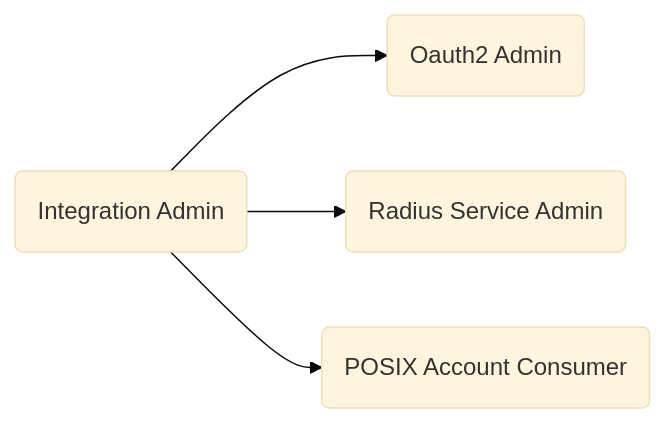
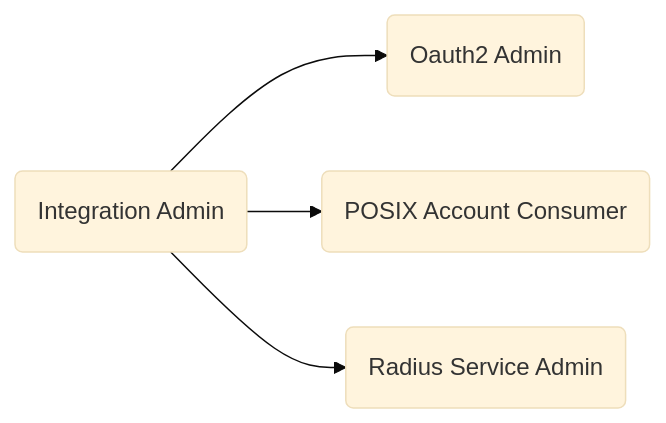
Before and after one commit to kanidm/kanidm: the third of 12 diagrams in book/src/developers/designs/access_control_defaults.md, drawn with Mermaid (base theme). The commit also changed other lines of this file, not shown here.

````diff
--- a/book/src/developers/designs/access_control_defaults.md
+++ b/book/src/developers/designs/access_control_defaults.md
@@ -31,7 +31,7 @@
 ```mermaid
 graph LR
 
 IntegrationAdmin("Integration Admin") --> Oauth2Admin("Oauth2 Admin")
+IntegrationAdmin("Integration Admin") --> PosixAccountConsumer("POSIX Account Consumer")
 IntegrationAdmin("Integration Admin") --> RadiusServiceAdmin("Radius Service Admin")
-IntegrationAdmin("Integration Admin") --> PosixAccountConsumer("POSIX Account Consumer")
 ```
````
